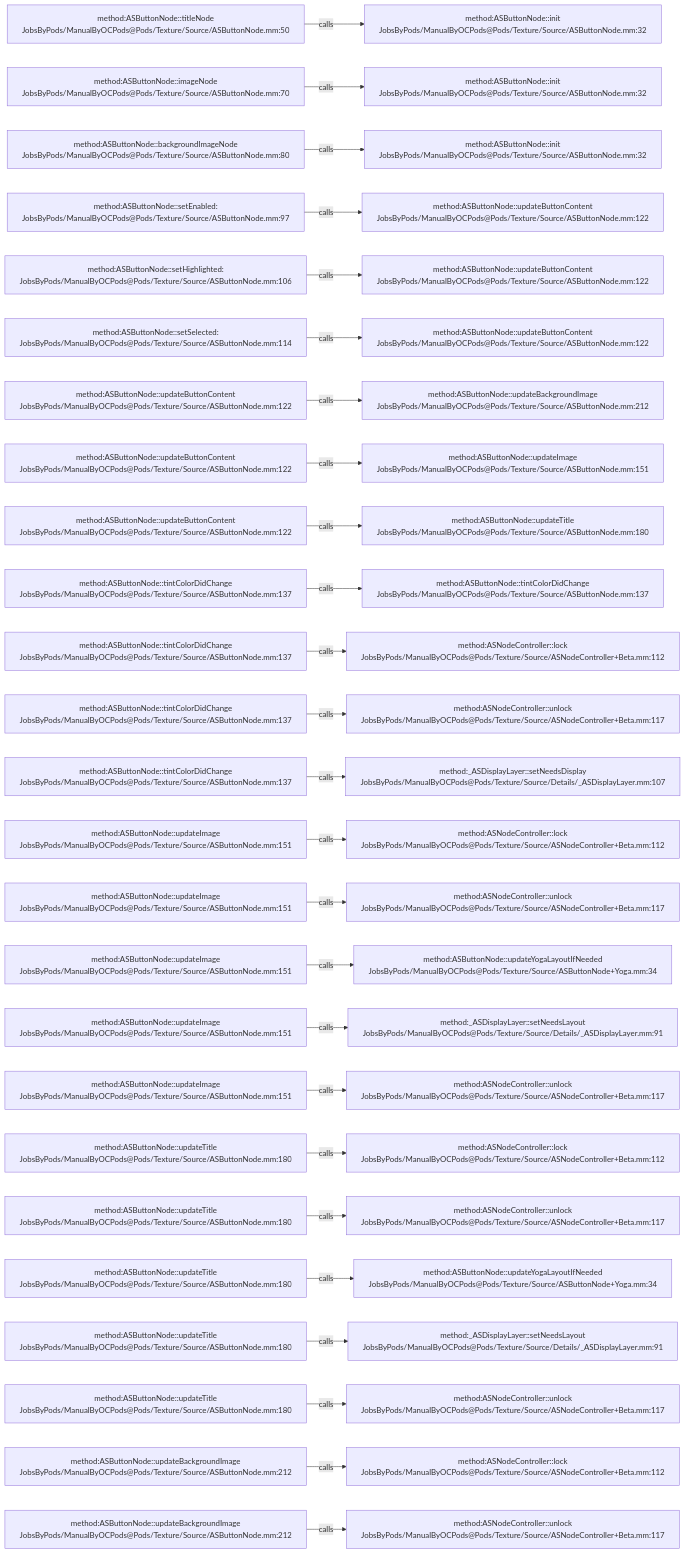
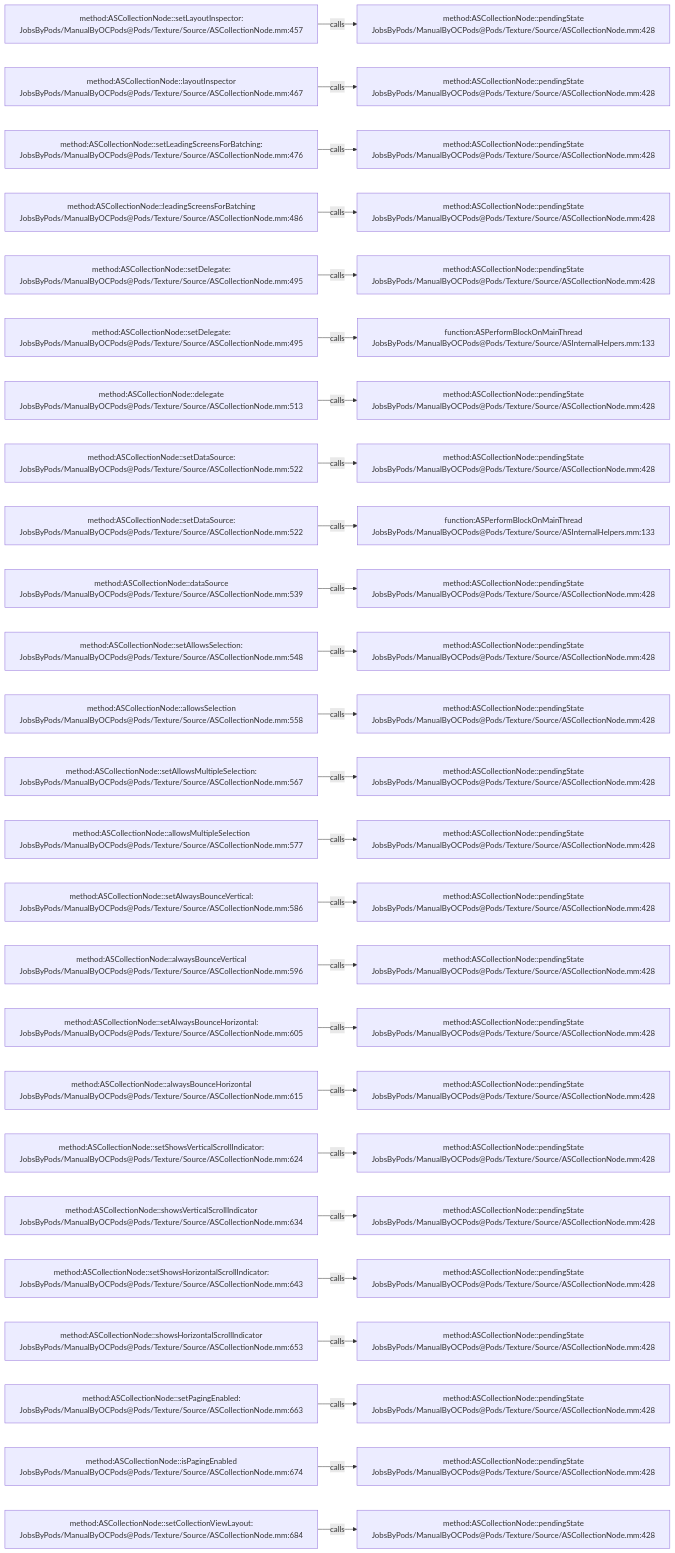
One commit to JobsKits/JobsOCBaseConfigDemo changed the diagram in .codegraph/codegraph.md/graphs/calls-079.md. Above: the diagram before and after it, drawn with Mermaid. The commit also changed 1223 other files, not shown here.

````diff
--- a/.codegraph/codegraph.md/graphs/calls-079.md
+++ b/.codegraph/codegraph.md/graphs/calls-079.md
@@ -13,78 +13,78 @@
 ```mermaid
 flowchart LR
-  S1["method:ASButtonNode::titleNode<br/>JobsByPods/ManualByOCPods@Pods/Texture/Source/ASButtonNode.mm:50"]
-  T1["method:ASButtonNode::init<br/>JobsByPods/ManualByOCPods@Pods/Texture/Source/ASButtonNode.mm:32"]
+  S1["method:ASCollectionNode::setLayoutInspector:<br/>JobsByPods/ManualByOCPods@Pods/Texture/Source/ASCollectionNode.mm:457"]
+  T1["method:ASCollectionNode::pendingState<br/>JobsByPods/ManualByOCPods@Pods/Texture/Source/ASCollectionNode.mm:428"]
   S1 -->|calls| T1
-  S2["method:ASButtonNode::imageNode<br/>JobsByPods/ManualByOCPods@Pods/Texture/Source/ASButtonNode.mm:70"]
-  T2["method:ASButtonNode::init<br/>JobsByPods/ManualByOCPods@Pods/Texture/Source/ASButtonNode.mm:32"]
+  S2["method:ASCollectionNode::layoutInspector<br/>JobsByPods/ManualByOCPods@Pods/Texture/Source/ASCollectionNode.mm:467"]
+  T2["method:ASCollectionNode::pendingState<br/>JobsByPods/ManualByOCPods@Pods/Texture/Source/ASCollectionNode.mm:428"]
   S2 -->|calls| T2
-  S3["method:ASButtonNode::backgroundImageNode<br/>JobsByPods/ManualByOCPods@Pods/Texture/Source/ASButtonNode.mm:80"]
-  T3["method:ASButtonNode::init<br/>JobsByPods/ManualByOCPods@Pods/Texture/Source/ASButtonNode.mm:32"]
+  S3["method:ASCollectionNode::setLeadingScreensForBatching:<br/>JobsByPods/ManualByOCPods@Pods/Texture/Source/ASCollectionNode.mm:476"]
+  T3["method:ASCollectionNode::pendingState<br/>JobsByPods/ManualByOCPods@Pods/Texture/Source/ASCollectionNode.mm:428"]
   S3 -->|calls| T3
-  S4["method:ASButtonNode::setEnabled:<br/>JobsByPods/ManualByOCPods@Pods/Texture/Source/ASButtonNode.mm:97"]
-  T4["method:ASButtonNode::updateButtonContent<br/>JobsByPods/ManualByOCPods@Pods/Texture/Source/ASButtonNode.mm:122"]
+  S4["method:ASCollectionNode::leadingScreensForBatching<br/>JobsByPods/ManualByOCPods@Pods/Texture/Source/ASCollectionNode.mm:486"]
+  T4["method:ASCollectionNode::pendingState<br/>JobsByPods/ManualByOCPods@Pods/Texture/Source/ASCollectionNode.mm:428"]
   S4 -->|calls| T4
-  S5["method:ASButtonNode::setHighlighted:<br/>JobsByPods/ManualByOCPods@Pods/Texture/Source/ASButtonNode.mm:106"]
-  T5["method:ASButtonNode::updateButtonContent<br/>JobsByPods/ManualByOCPods@Pods/Texture/Source/ASButtonNode.mm:122"]
+  S5["method:ASCollectionNode::setDelegate:<br/>JobsByPods/ManualByOCPods@Pods/Texture/Source/ASCollectionNode.mm:495"]
+  T5["method:ASCollectionNode::pendingState<br/>JobsByPods/ManualByOCPods@Pods/Texture/Source/ASCollectionNode.mm:428"]
   S5 -->|calls| T5
-  S6["method:ASButtonNode::setSelected:<br/>JobsByPods/ManualByOCPods@Pods/Texture/Source/ASButtonNode.mm:114"]
-  T6["method:ASButtonNode::updateButtonContent<br/>JobsByPods/ManualByOCPods@Pods/Texture/Source/ASButtonNode.mm:122"]
+  S6["method:ASCollectionNode::setDelegate:<br/>JobsByPods/ManualByOCPods@Pods/Texture/Source/ASCollectionNode.mm:495"]
+  T6["function:ASPerformBlockOnMainThread<br/>JobsByPods/ManualByOCPods@Pods/Texture/Source/ASInternalHelpers.mm:133"]
   S6 -->|calls| T6
-  S7["method:ASButtonNode::updateButtonContent<br/>JobsByPods/ManualByOCPods@Pods/Texture/Source/ASButtonNode.mm:122"]
-  T7["method:ASButtonNode::updateBackgroundImage<br/>JobsByPods/ManualByOCPods@Pods/Texture/Source/ASButtonNode.mm:212"]
+  S7["method:ASCollectionNode::delegate<br/>JobsByPods/ManualByOCPods@Pods/Texture/Source/ASCollectionNode.mm:513"]
+  T7["method:ASCollectionNode::pendingState<br/>JobsByPods/ManualByOCPods@Pods/Texture/Source/ASCollectionNode.mm:428"]
   S7 -->|calls| T7
-  S8["method:ASButtonNode::updateButtonContent<br/>JobsByPods/ManualByOCPods@Pods/Texture/Source/ASButtonNode.mm:122"]
-  T8["method:ASButtonNode::updateImage<br/>JobsByPods/ManualByOCPods@Pods/Texture/Source/ASButtonNode.mm:151"]
+  S8["method:ASCollectionNode::setDataSource:<br/>JobsByPods/ManualByOCPods@Pods/Texture/Source/ASCollectionNode.mm:522"]
+  T8["method:ASCollectionNode::pendingState<br/>JobsByPods/ManualByOCPods@Pods/Texture/Source/ASCollectionNode.mm:428"]
   S8 -->|calls| T8
-  S9["method:ASButtonNode::updateButtonContent<br/>JobsByPods/ManualByOCPods@Pods/Texture/Source/ASButtonNode.mm:122"]
-  T9["method:ASButtonNode::updateTitle<br/>JobsByPods/ManualByOCPods@Pods/Texture/Source/ASButtonNode.mm:180"]
+  S9["method:ASCollectionNode::setDataSource:<br/>JobsByPods/ManualByOCPods@Pods/Texture/Source/ASCollectionNode.mm:522"]
+  T9["function:ASPerformBlockOnMainThread<br/>JobsByPods/ManualByOCPods@Pods/Texture/Source/ASInternalHelpers.mm:133"]
   S9 -->|calls| T9
-  S10["method:ASButtonNode::tintColorDidChange<br/>JobsByPods/ManualByOCPods@Pods/Texture/Source/ASButtonNode.mm:137"]
-  T10["method:ASButtonNode::tintColorDidChange<br/>JobsByPods/ManualByOCPods@Pods/Texture/Source/ASButtonNode.mm:137"]
+  S10["method:ASCollectionNode::dataSource<br/>JobsByPods/ManualByOCPods@Pods/Texture/Source/ASCollectionNode.mm:539"]
+  T10["method:ASCollectionNode::pendingState<br/>JobsByPods/ManualByOCPods@Pods/Texture/Source/ASCollectionNode.mm:428"]
   S10 -->|calls| T10
-  S11["method:ASButtonNode::tintColorDidChange<br/>JobsByPods/ManualByOCPods@Pods/Texture/Source/ASButtonNode.mm:137"]
-  T11["method:ASNodeController::lock<br/>JobsByPods/ManualByOCPods@Pods/Texture/Source/ASNodeController+Beta.mm:112"]
+  S11["method:ASCollectionNode::setAllowsSelection:<br/>JobsByPods/ManualByOCPods@Pods/Texture/Source/ASCollectionNode.mm:548"]
+  T11["method:ASCollectionNode::pendingState<br/>JobsByPods/ManualByOCPods@Pods/Texture/Source/ASCollectionNode.mm:428"]
   S11 -->|calls| T11
-  S12["method:ASButtonNode::tintColorDidChange<br/>JobsByPods/ManualByOCPods@Pods/Texture/Source/ASButtonNode.mm:137"]
-  T12["method:ASNodeController::unlock<br/>JobsByPods/ManualByOCPods@Pods/Texture/Source/ASNodeController+Beta.mm:117"]
+  S12["method:ASCollectionNode::allowsSelection<br/>JobsByPods/ManualByOCPods@Pods/Texture/Source/ASCollectionNode.mm:558"]
+  T12["method:ASCollectionNode::pendingState<br/>JobsByPods/ManualByOCPods@Pods/Texture/Source/ASCollectionNode.mm:428"]
   S12 -->|calls| T12
-  S13["method:ASButtonNode::tintColorDidChange<br/>JobsByPods/ManualByOCPods@Pods/Texture/Source/ASButtonNode.mm:137"]
-  T13["method:_ASDisplayLayer::setNeedsDisplay<br/>JobsByPods/ManualByOCPods@Pods/Texture/Source/Details/_ASDisplayLayer.mm:107"]
+  S13["method:ASCollectionNode::setAllowsMultipleSelection:<br/>JobsByPods/ManualByOCPods@Pods/Texture/Source/ASCollectionNode.mm:567"]
+  T13["method:ASCollectionNode::pendingState<br/>JobsByPods/ManualByOCPods@Pods/Texture/Source/ASCollectionNode.mm:428"]
   S13 -->|calls| T13
-  S14["method:ASButtonNode::updateImage<br/>JobsByPods/ManualByOCPods@Pods/Texture/Source/ASButtonNode.mm:151"]
-  T14["method:ASNodeController::lock<br/>JobsByPods/ManualByOCPods@Pods/Texture/Source/ASNodeController+Beta.mm:112"]
+  S14["method:ASCollectionNode::allowsMultipleSelection<br/>JobsByPods/ManualByOCPods@Pods/Texture/Source/ASCollectionNode.mm:577"]
+  T14["method:ASCollectionNode::pendingState<br/>JobsByPods/ManualByOCPods@Pods/Texture/Source/ASCollectionNode.mm:428"]
   S14 -->|calls| T14
-  S15["method:ASButtonNode::updateImage<br/>JobsByPods/ManualByOCPods@Pods/Texture/Source/ASButtonNode.mm:151"]
-  T15["method:ASNodeController::unlock<br/>JobsByPods/ManualByOCPods@Pods/Texture/Source/ASNodeController+Beta.mm:117"]
+  S15["method:ASCollectionNode::setAlwaysBounceVertical:<br/>JobsByPods/ManualByOCPods@Pods/Texture/Source/ASCollectionNode.mm:586"]
+  T15["method:ASCollectionNode::pendingState<br/>JobsByPods/ManualByOCPods@Pods/Texture/Source/ASCollectionNode.mm:428"]
   S15 -->|calls| T15
-  S16["method:ASButtonNode::updateImage<br/>JobsByPods/ManualByOCPods@Pods/Texture/Source/ASButtonNode.mm:151"]
-  T16["method:ASButtonNode::updateYogaLayoutIfNeeded<br/>JobsByPods/ManualByOCPods@Pods/Texture/Source/ASButtonNode+Yoga.mm:34"]
+  S16["method:ASCollectionNode::alwaysBounceVertical<br/>JobsByPods/ManualByOCPods@Pods/Texture/Source/ASCollectionNode.mm:596"]
+  T16["method:ASCollectionNode::pendingState<br/>JobsByPods/ManualByOCPods@Pods/Texture/Source/ASCollectionNode.mm:428"]
   S16 -->|calls| T16
-  S17["method:ASButtonNode::updateImage<br/>JobsByPods/ManualByOCPods@Pods/Texture/Source/ASButtonNode.mm:151"]
-  T17["method:_ASDisplayLayer::setNeedsLayout<br/>JobsByPods/ManualByOCPods@Pods/Texture/Source/Details/_ASDisplayLayer.mm:91"]
+  S17["method:ASCollectionNode::setAlwaysBounceHorizontal:<br/>JobsByPods/ManualByOCPods@Pods/Texture/Source/ASCollectionNode.mm:605"]
+  T17["method:ASCollectionNode::pendingState<br/>JobsByPods/ManualByOCPods@Pods/Texture/Source/ASCollectionNode.mm:428"]
   S17 -->|calls| T17
-  S18["method:ASButtonNode::updateImage<br/>JobsByPods/ManualByOCPods@Pods/Texture/Source/ASButtonNode.mm:151"]
-  T18["method:ASNodeController::unlock<br/>JobsByPods/ManualByOCPods@Pods/Texture/Source/ASNodeController+Beta.mm:117"]
+  S18["method:ASCollectionNode::alwaysBounceHorizontal<br/>JobsByPods/ManualByOCPods@Pods/Texture/Source/ASCollectionNode.mm:615"]
+  T18["method:ASCollectionNode::pendingState<br/>JobsByPods/ManualByOCPods@Pods/Texture/Source/ASCollectionNode.mm:428"]
   S18 -->|calls| T18
-  S19["method:ASButtonNode::updateTitle<br/>JobsByPods/ManualByOCPods@Pods/Texture/Source/ASButtonNode.mm:180"]
-  T19["method:ASNodeController::lock<br/>JobsByPods/ManualByOCPods@Pods/Texture/Source/ASNodeController+Beta.mm:112"]
+  S19["method:ASCollectionNode::setShowsVerticalScrollIndicator:<br/>JobsByPods/ManualByOCPods@Pods/Texture/Source/ASCollectionNode.mm:624"]
+  T19["method:ASCollectionNode::pendingState<br/>JobsByPods/ManualByOCPods@Pods/Texture/Source/ASCollectionNode.mm:428"]
   S19 -->|calls| T19
-  S20["method:ASButtonNode::updateTitle<br/>JobsByPods/ManualByOCPods@Pods/Texture/Source/ASButtonNode.mm:180"]
-  T20["method:ASNodeController::unlock<br/>JobsByPods/ManualByOCPods@Pods/Texture/Source/ASNodeController+Beta.mm:117"]
+  S20["method:ASCollectionNode::showsVerticalScrollIndicator<br/>JobsByPods/ManualByOCPods@Pods/Texture/Source/ASCollectionNode.mm:634"]
+  T20["method:ASCollectionNode::pendingState<br/>JobsByPods/ManualByOCPods@Pods/Texture/Source/ASCollectionNode.mm:428"]
   S20 -->|calls| T20
-  S21["method:ASButtonNode::updateTitle<br/>JobsByPods/ManualByOCPods@Pods/Texture/Source/ASButtonNode.mm:180"]
-  T21["method:ASButtonNode::updateYogaLayoutIfNeeded<br/>JobsByPods/ManualByOCPods@Pods/Texture/Source/ASButtonNode+Yoga.mm:34"]
+  S21["method:ASCollectionNode::setShowsHorizontalScrollIndicator:<br/>JobsByPods/ManualByOCPods@Pods/Texture/Source/ASCollectionNode.mm:643"]
+  T21["method:ASCollectionNode::pendingState<br/>JobsByPods/ManualByOCPods@Pods/Texture/Source/ASCollectionNode.mm:428"]
   S21 -->|calls| T21
-  S22["method:ASButtonNode::updateTitle<br/>JobsByPods/ManualByOCPods@Pods/Texture/Source/ASButtonNode.mm:180"]
-  T22["method:_ASDisplayLayer::setNeedsLayout<br/>JobsByPods/ManualByOCPods@Pods/Texture/Source/Details/_ASDisplayLayer.mm:91"]
+  S22["method:ASCollectionNode::showsHorizontalScrollIndicator<br/>JobsByPods/ManualByOCPods@Pods/Texture/Source/ASCollectionNode.mm:653"]
+  T22["method:ASCollectionNode::pendingState<br/>JobsByPods/ManualByOCPods@Pods/Texture/Source/ASCollectionNode.mm:428"]
   S22 -->|calls| T22
-  S23["method:ASButtonNode::updateTitle<br/>JobsByPods/ManualByOCPods@Pods/Texture/Source/ASButtonNode.mm:180"]
-  T23["method:ASNodeController::unlock<br/>JobsByPods/ManualByOCPods@Pods/Texture/Source/ASNodeController+Beta.mm:117"]
+  S23["method:ASCollectionNode::setPagingEnabled:<br/>JobsByPods/ManualByOCPods@Pods/Texture/Source/ASCollectionNode.mm:663"]
+  T23["method:ASCollectionNode::pendingState<br/>JobsByPods/ManualByOCPods@Pods/Texture/Source/ASCollectionNode.mm:428"]
   S23 -->|calls| T23
-  S24["method:ASButtonNode::updateBackgroundImage<br/>JobsByPods/ManualByOCPods@Pods/Texture/Source/ASButtonNode.mm:212"]
-  T24["method:ASNodeController::lock<br/>JobsByPods/ManualByOCPods@Pods/Texture/Source/ASNodeController+Beta.mm:112"]
+  S24["method:ASCollectionNode::isPagingEnabled<br/>JobsByPods/ManualByOCPods@Pods/Texture/Source/ASCollectionNode.mm:674"]
+  T24["method:ASCollectionNode::pendingState<br/>JobsByPods/ManualByOCPods@Pods/Texture/Source/ASCollectionNode.mm:428"]
   S24 -->|calls| T24
-  S25["method:ASButtonNode::updateBackgroundImage<br/>JobsByPods/ManualByOCPods@Pods/Texture/Source/ASButtonNode.mm:212"]
-  T25["method:ASNodeController::unlock<br/>JobsByPods/ManualByOCPods@Pods/Texture/Source/ASNodeController+Beta.mm:117"]
+  S25["method:ASCollectionNode::setCollectionViewLayout:<br/>JobsByPods/ManualByOCPods@Pods/Texture/Source/ASCollectionNode.mm:684"]
+  T25["method:ASCollectionNode::pendingState<br/>JobsByPods/ManualByOCPods@Pods/Texture/Source/ASCollectionNode.mm:428"]
   S25 -->|calls| T25
 ```
````
